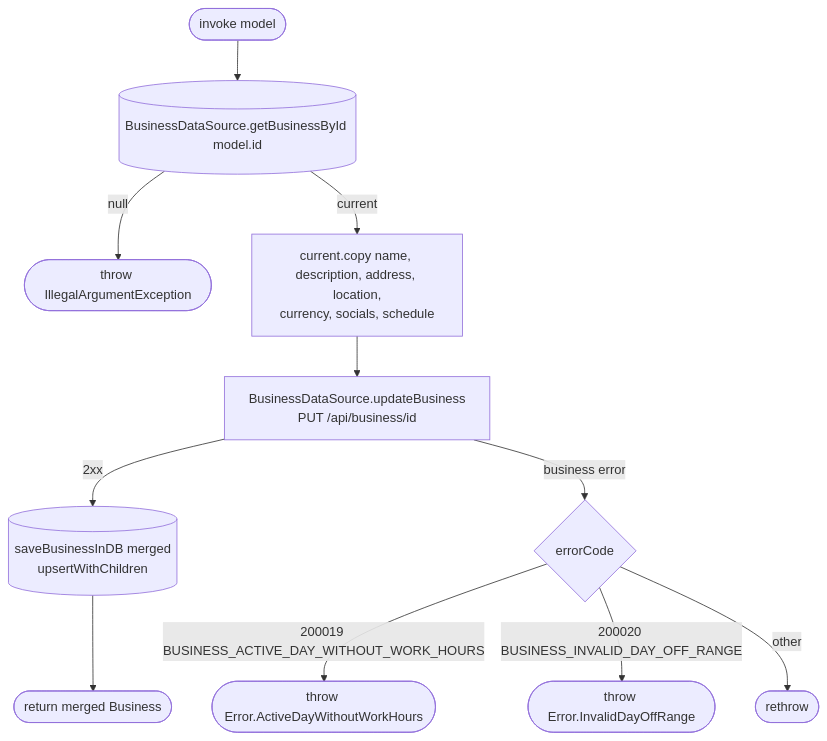
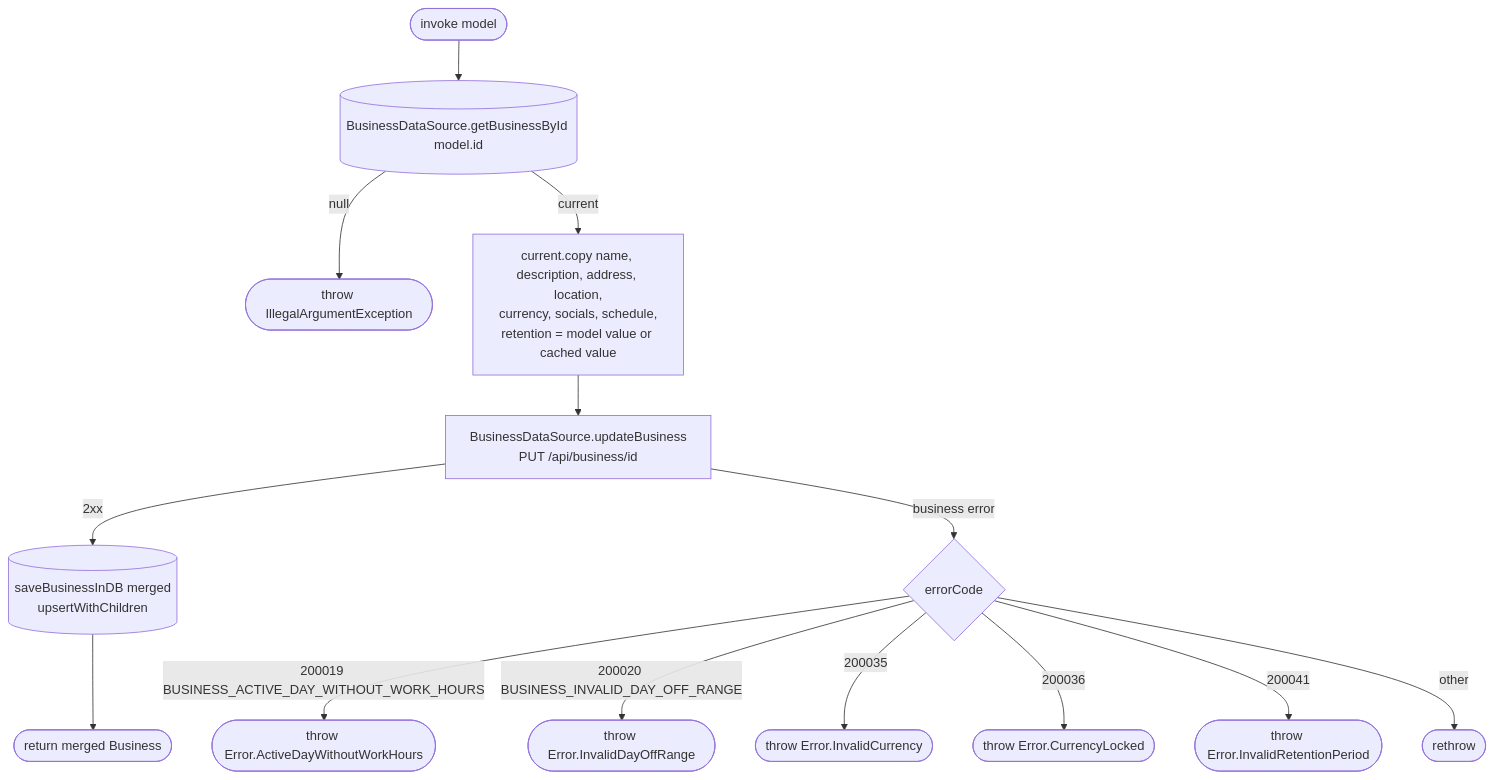
The diagram in docs/operations/business/update-business.md (nocturneproperties/bookkme-client), drawn with Mermaid before and after one commit. The commit also changed other lines of this file and 223 other files, not shown here.

````diff
--- a/docs/operations/business/update-business.md
+++ b/docs/operations/business/update-business.md
@@ -13,13 +13,16 @@
 ```mermaid
 flowchart TD
     Start([invoke model]) --> Read[(BusinessDataSource.getBusinessById model.id)]
     Read -- null --> E0([throw IllegalArgumentException])
-    Read -- current --> Merge[current.copy name, description, address, location,<br/>currency, socials, schedule]
+    Read -- current --> Merge[current.copy name, description, address, location,<br/>currency, socials, schedule,<br/>retention = model value or cached value]
     Merge --> Net[BusinessDataSource.updateBusiness<br/>PUT /api/business/id]
     Net -- 2xx --> Save[(saveBusinessInDB merged<br/>upsertWithChildren)]
     Save --> R([return merged Business])
     Net -- business error --> Code{errorCode}
     Code -- 200019 BUSINESS_ACTIVE_DAY_WITHOUT_WORK_HOURS --> E1([throw Error.ActiveDayWithoutWorkHours])
     Code -- 200020 BUSINESS_INVALID_DAY_OFF_RANGE --> E2([throw Error.InvalidDayOffRange])
+    Code -- 200035 --> Added200035([throw Error.InvalidCurrency])
+    Code -- 200036 --> Added200036([throw Error.CurrencyLocked])
+    Code -- 200041 --> Added200041([throw Error.InvalidRetentionPeriod])
     Code -- other --> EX([rethrow])
 ```
````
